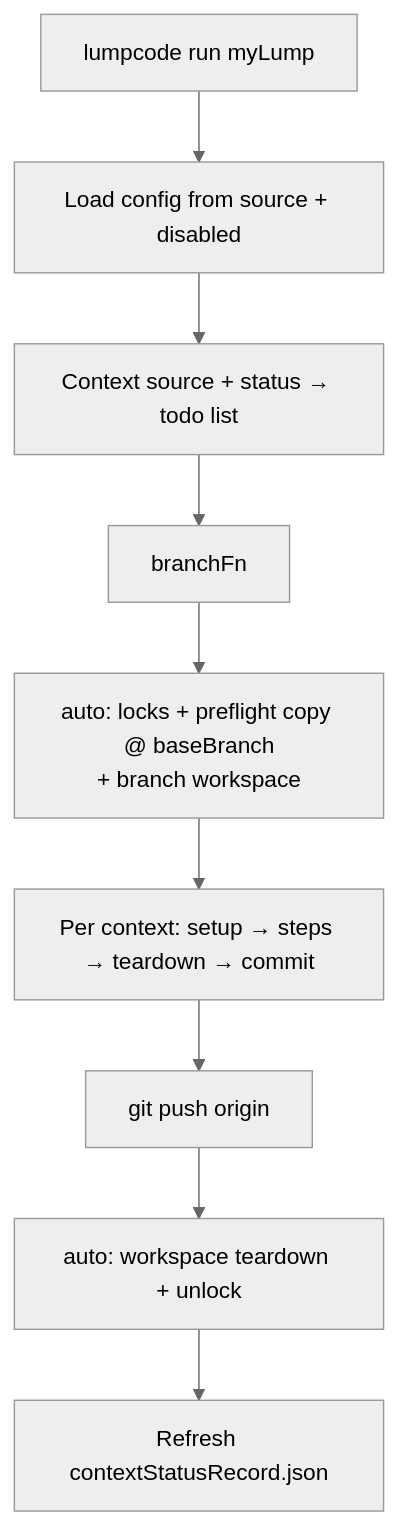
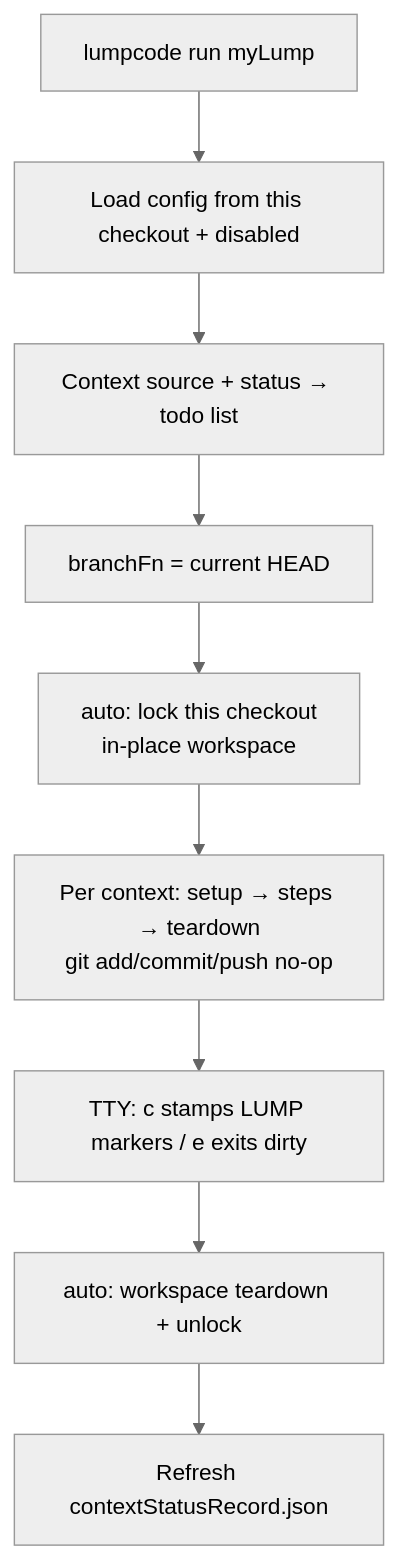
The first of 4 diagrams in packages/apps/cli/DOCS/concepts.md (lumpcode/lumpcode), drawn with Mermaid (neutral theme) before and after one commit. The commit also changed other lines of this file and 88 other files, not shown here.

First line of the commit message:
LUMP: backlog - shared-in-place-run-open-pr-lump-prefix_testImpl

````diff
--- a/packages/apps/cli/DOCS/concepts.md
+++ b/packages/apps/cli/DOCS/concepts.md
@@ -103,13 +102,13 @@
 ```mermaid
 flowchart TD
   start["lumpcode run myLump"]
-  load["Load config from source + disabled"]
+  load["Load config from this checkout + disabled"]
   contexts["Context source + status → todo list"]
-  branch["branchFn"]
-  setup["auto: locks + preflight copy @ baseBranch<br/>+ branch workspace"]
-  loop["Per context: setup → steps → teardown → commit"]
-  push["git push origin"]
+  branch["branchFn = current HEAD"]
+  setup["auto: lock this checkout<br/>in-place workspace"]
+  loop["Per context: setup → steps → teardown<br/>git add/commit/push no-op"]
+  review["TTY: c stamps LUMP markers / e exits dirty"]
   teardown["auto: workspace teardown + unlock"]
   refresh["Refresh contextStatusRecord.json"]
-  start --> load --> contexts --> branch --> setup --> loop --> push --> teardown --> refresh
+  start --> load --> contexts --> branch --> setup --> loop --> review --> teardown --> refresh
 ```
````
